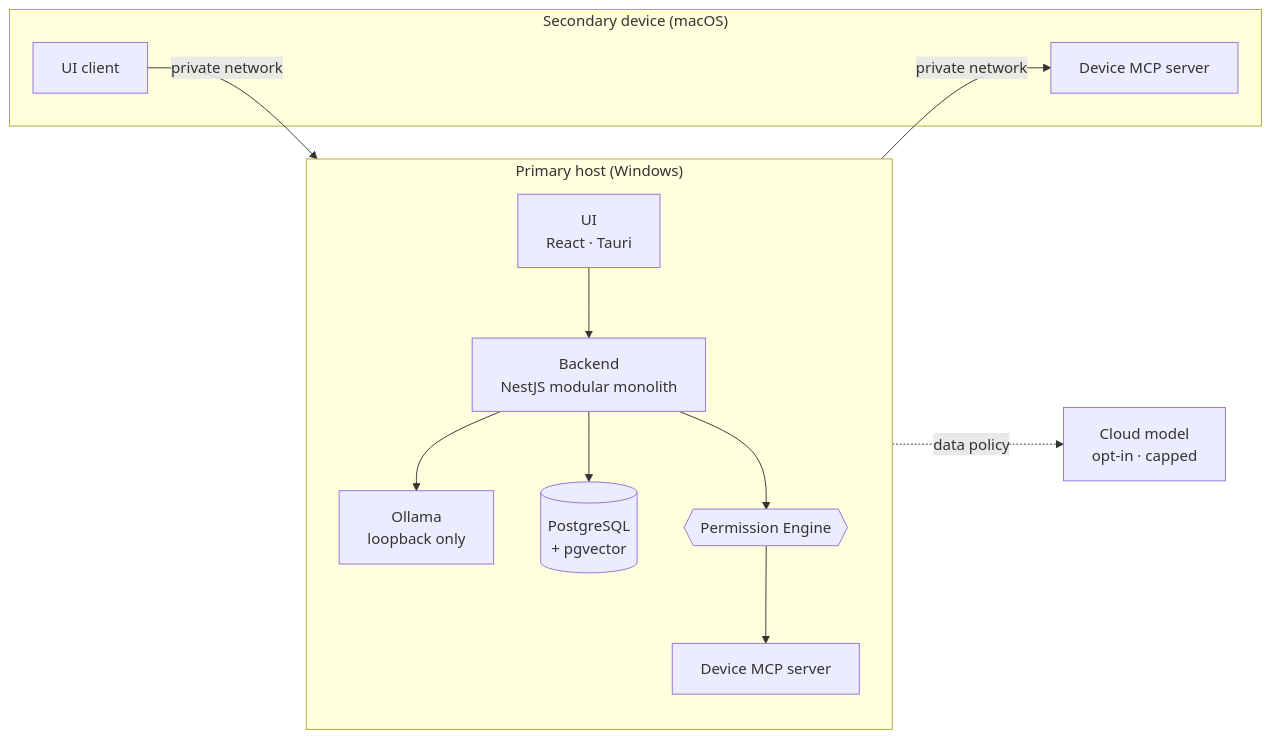
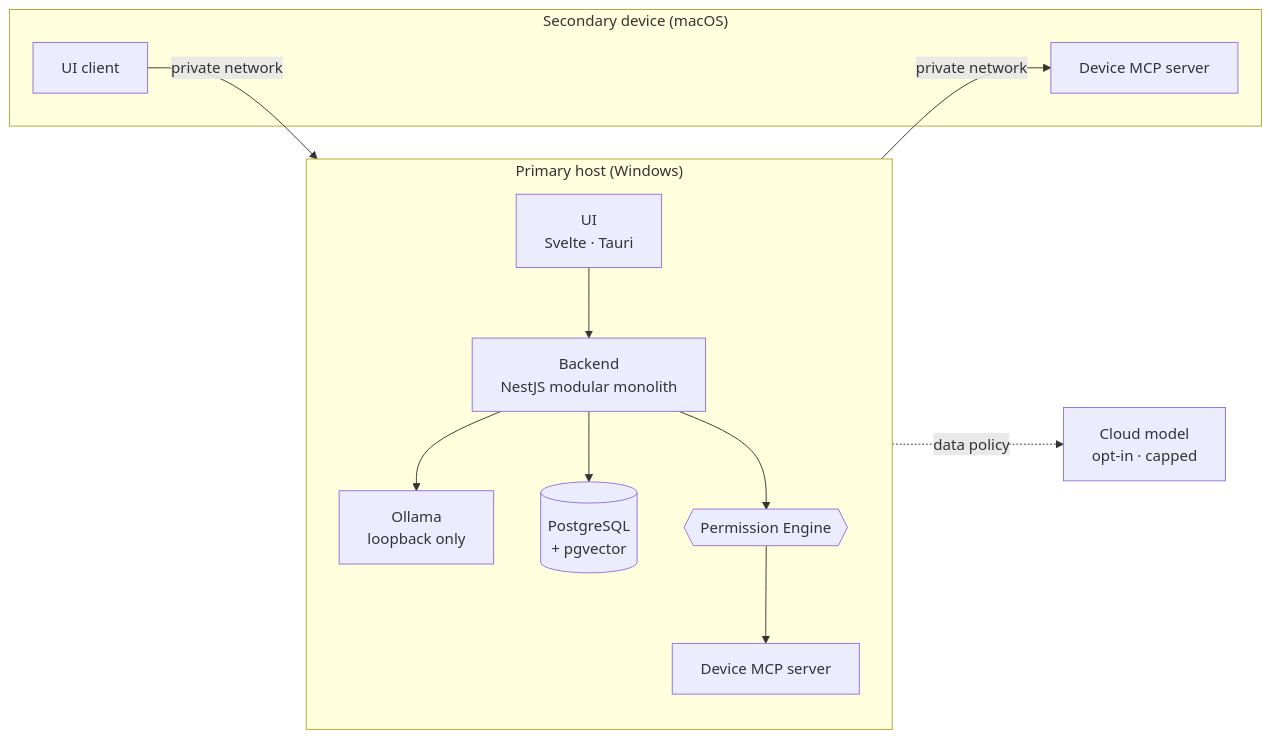
Before and after one commit to eerenyilmazz/mell-assistant: the first of 2 diagrams in README.md, drawn with Mermaid. The commit also changed other lines of this file and 4 other files, not shown here.

````diff
--- a/README.md
+++ b/README.md
@@ -47,27 +47,27 @@
 ```mermaid
 flowchart LR
     subgraph HOST["Primary host (Windows)"]
         direction TB
-        UI["UI<br/>React · Tauri"]
+        UI["UI<br/>Svelte · Tauri"]
         BE["Backend<br/>NestJS modular monolith"]
         PE{{"Permission Engine"}}
         OLL["Ollama<br/>loopback only"]
         DB[("PostgreSQL<br/>+ pgvector")]
         MCPW["Device MCP server"]
         UI --> BE
         BE --> OLL
         BE --> DB
         BE --> PE --> MCPW
     end
 
     subgraph MAC["Secondary device (macOS)"]
         UIM["UI client"]
         MCPM["Device MCP server"]
     end
 
     CLOUD["Cloud model<br/>opt-in · capped"]
 
     UIM -->|private network| BE
     PE -->|private network| MCPM
     BE -.->|data policy| CLOUD
 ```
````
